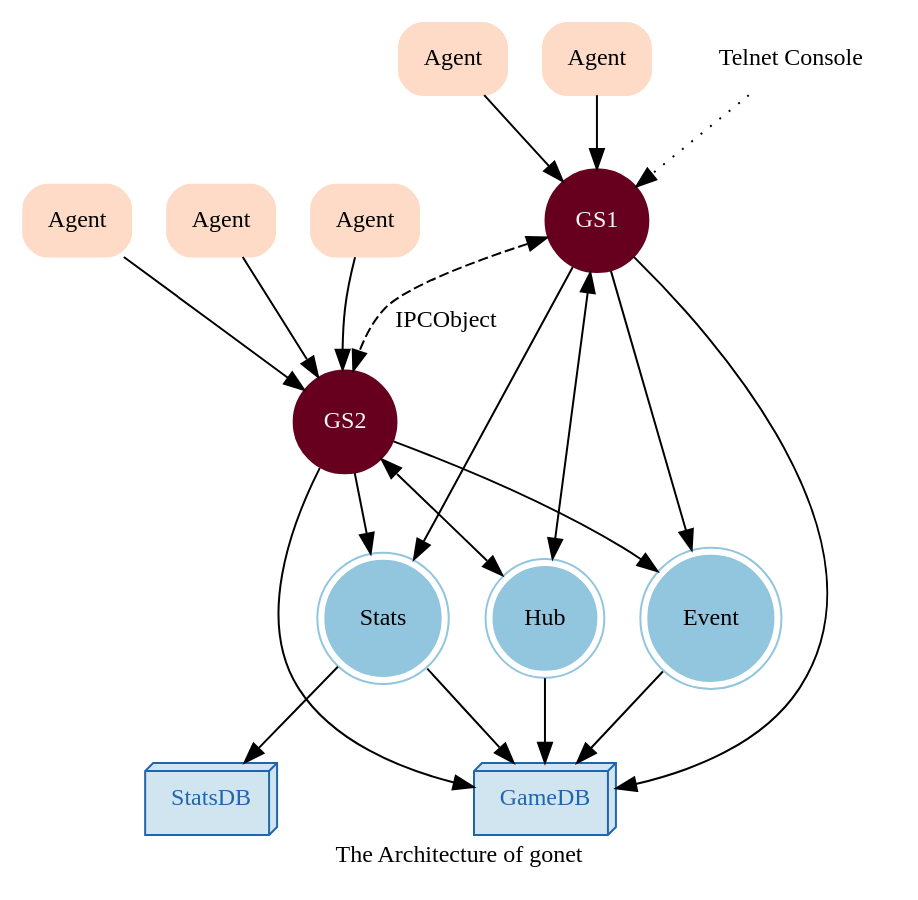
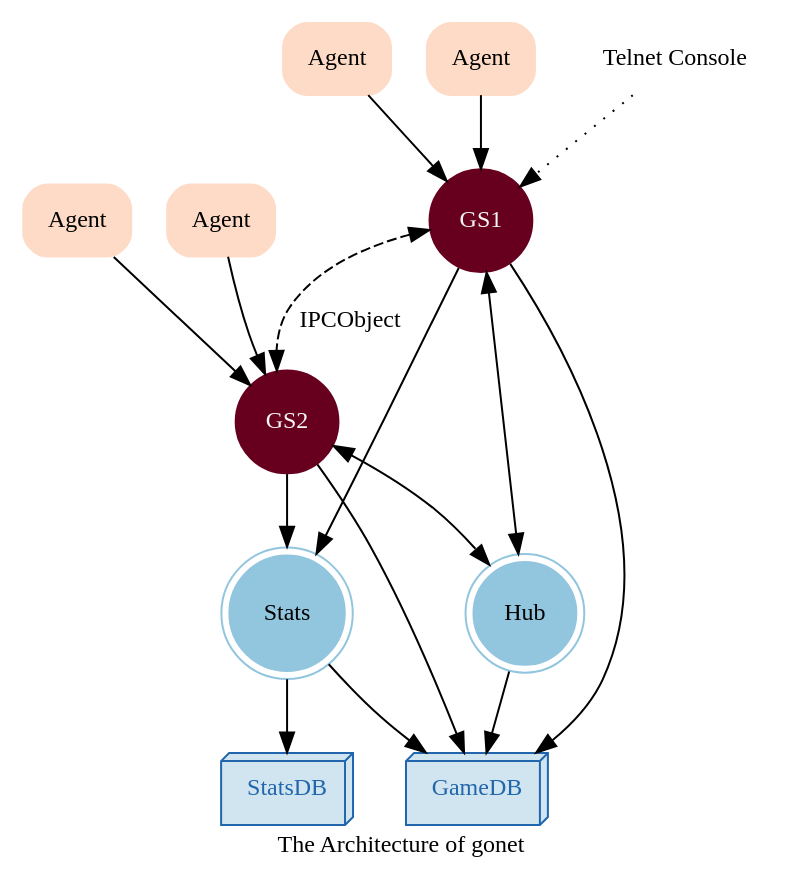
Before and after one commit to mindreframer/golang-devops-stuff: the diagram in doc/arch.dot, drawn with Graphviz. The commit also changed 183 other files, not shown here.

```diff
--- a/doc/arch.dot
+++ b/doc/arch.dot
@@ -1,58 +1,52 @@
 digraph G {
 	graph [label="The Architecture of gonet" fontsize=12];
 	node [colorscheme=rdbu11 fontsize=12];
 	edge [colorscheme=rdbu11 fontsize=12];
 	subgraph Agents {
 		node [label=Agent style="rounded,filled" shape=rect color=5];
 		Agent1;
 		Agent2;
 		Agent3;
 		Agent4;
-		Agent5;
 	}
 
 	subgraph GS {
 		node [style=filled shape=circle color=1 fontcolor=6];
 		GS1;
 		GS2;
 		GS1->GS2 [dir=both label=IPCObject style=dashed];
 	}
 
 	subgraph {
 		node [style=filled shape="doublecircle" color=8];
-		Event;
 		Hub;
 		Stats;
 	}
 
 	subgraph {
 		node [shape=box3d style=filled fillcolor=7 color=10 fontcolor=10];
 		GameDB;
 		StatsDB;
 	}
 
 	subgraph {
 		Agent1->GS1;
 		Agent2->GS1;
 		Agent3->GS2;
 		Agent4->GS2;
-		Agent5->GS2;
 	}
 
 	GS1->Hub [dir=both];
 	GS2->Hub [dir=both];
-	GS1->Event;
-	GS2->Event; 
 	GS1->Stats;
 	GS2->Stats; 
 	GS1->GameDB;
 	GS2->GameDB;
 	
 	Telnet [shape=plaintext label="Telnet Console"];
 	Telnet->GS1 [style=dotted];
 
 	Hub->GameDB;
-	Event->GameDB;
 	Stats->GameDB;
 	Stats->StatsDB;
 }
```
